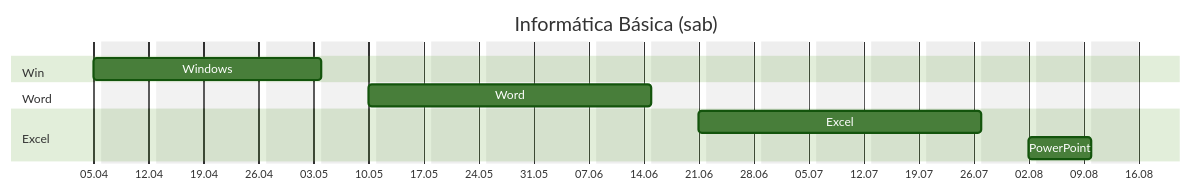
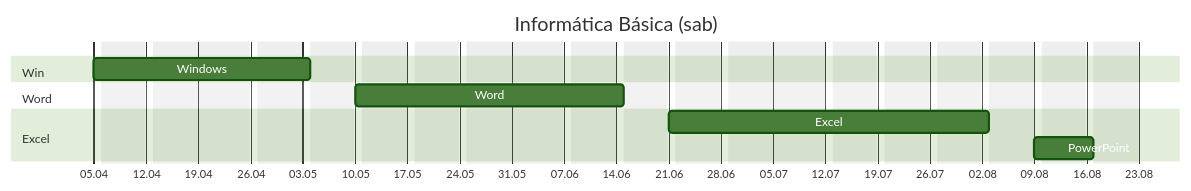
The diagram in src/site/notes/Informatica basica sabado.md (jocile/digitalgarden), drawn with Mermaid (forest theme) before and after one commit. The commit also changed other lines of this file and 1 other file, not shown here.

````diff
--- a/src/site/notes/Informatica basica sabado.md
+++ b/src/site/notes/Informatica basica sabado.md
@@ -34,16 +34,16 @@
 ```mermaid
 gantt
      title Informática Básica (sab)
      tickInterval 1week
      weekday Saturday
-     excludes Sunday, Monday, Tuesday, Wednesday, Thursday, Friday, 19.04, 31.05
+     excludes Sunday, Monday, Tuesday, Wednesday, Thursday, Friday, 19.04, 31.05, 05.07
      dateFormat DD.MM
      axisFormat %d.%m
      section Win
          Windows :a1, 05.04, 4d
      section Word
          Word :a2,after a1, 5d
      section Excel
          Excel :a3, after a2, 6d
          PowerPoint :a4, after a3, 2d
 ```
````
